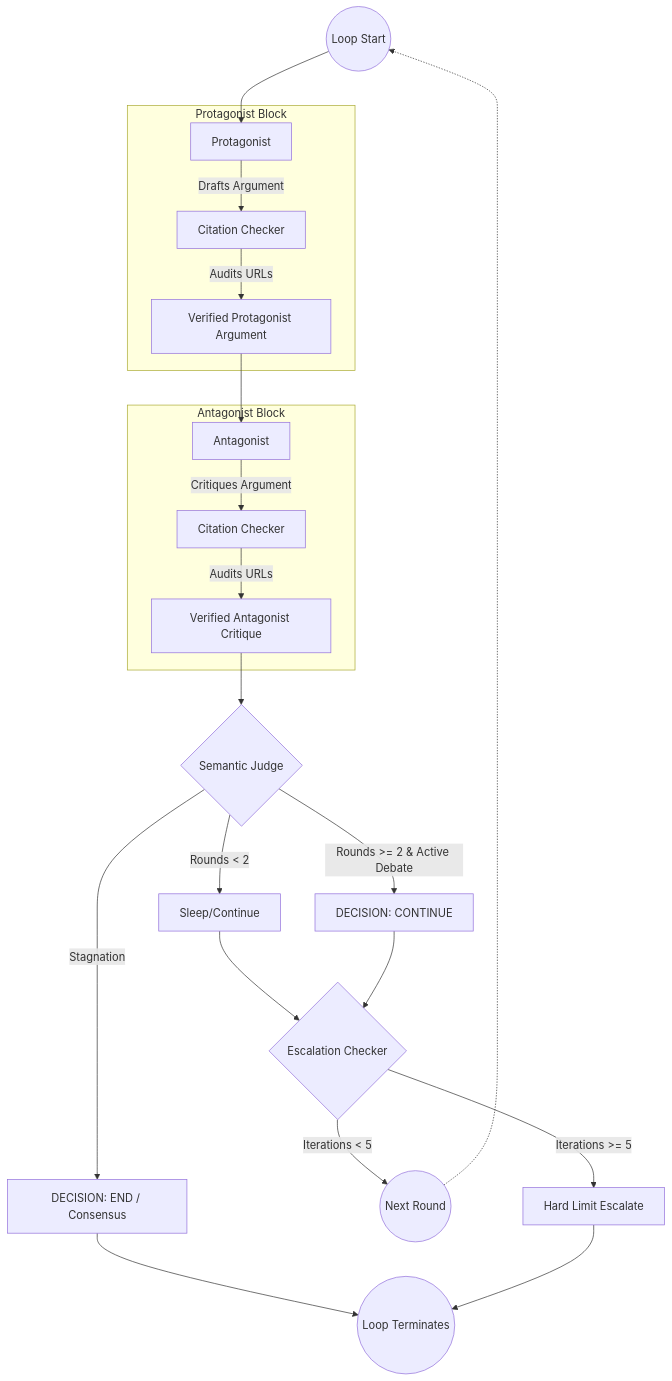
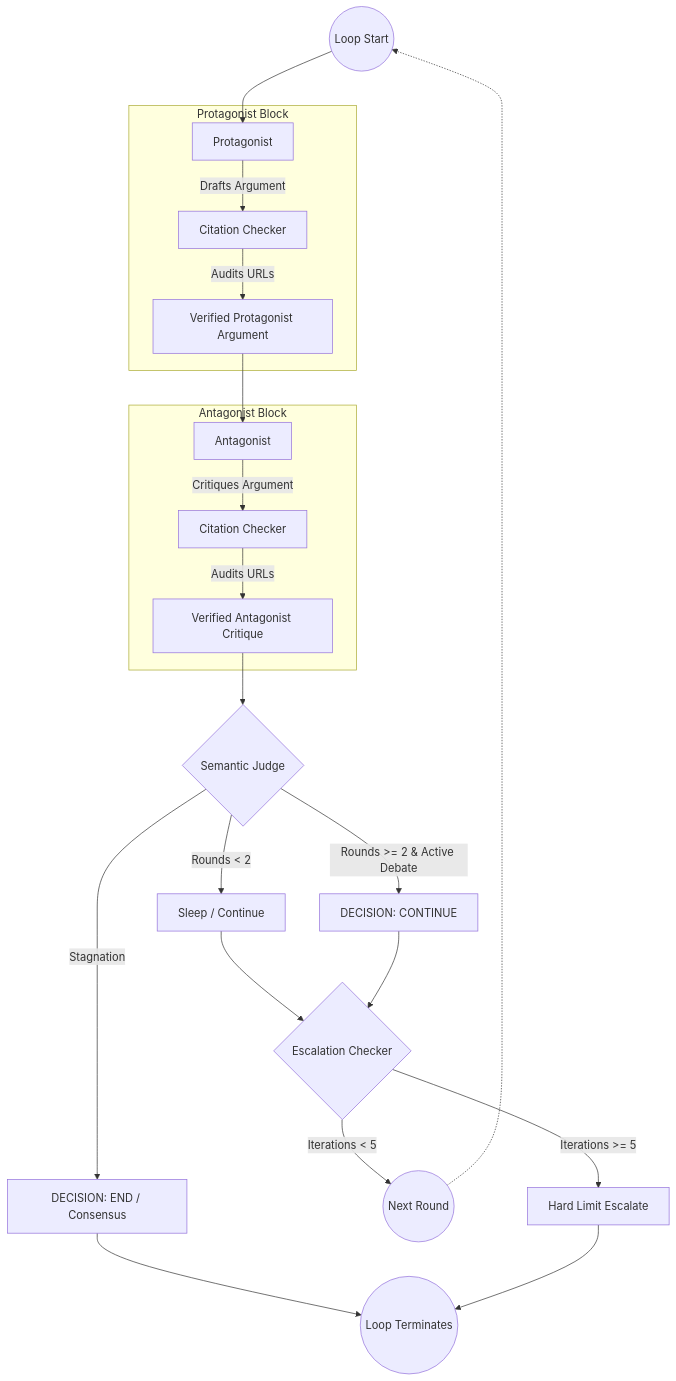
Before and after one commit to ears/socratic-duel: the second of 3 diagrams in DIAGRAMS.md, drawn with Mermaid. The commit also changed other lines of this file and 1 other file, not shown here.

Commit message:
docs: fix mermaid parse error and update Tri-Model allocations

````diff
--- a/DIAGRAMS.md
+++ b/DIAGRAMS.md
@@ -31,34 +31,34 @@
 ```mermaid
 graph TD
     Start((Loop Start)) --> Protagonist
     
     subgraph Protagonist Block
         Protagonist[Protagonist] -->|Drafts Argument| CheckerP[Citation Checker]
         CheckerP -->|Audits URLs| CheckedP[Verified Protagonist Argument]
     end
     
     CheckedP --> Antagonist
     
     subgraph Antagonist Block
         Antagonist[Antagonist] -->|Critiques Argument| CheckerA[Citation Checker]
         CheckerA -->|Audits URLs| CheckedA[Verified Antagonist Critique]
     end
     
     CheckedA --> Judge{Semantic Judge}
     
-    Judge -->|Rounds < 2| Continue1[Sleep/Continue]
+    Judge -->|Rounds < 2| Continue1[Sleep / Continue]
     Judge -->|Rounds >= 2 & Active Debate| Continue2[DECISION: CONTINUE]
     Judge -->|Stagnation| End1[DECISION: END / Consensus]
     
     Continue1 --> Escalator
     Continue2 --> Escalator
     
     Escalator{Escalation Checker}
     Escalator -->|Iterations < 5| LoopBack((Next Round))
     Escalator -->|Iterations >= 5| End2[Hard Limit Escalate]
     
     End1 --> LoopEnd((Loop Terminates))
     End2 --> LoopEnd
     
     LoopBack -.-> Start
 ```
````
